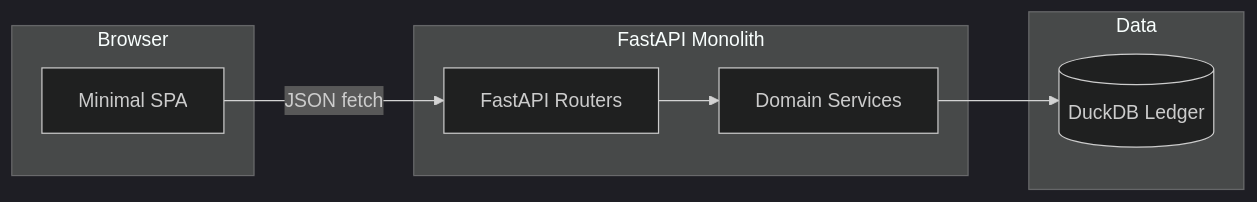
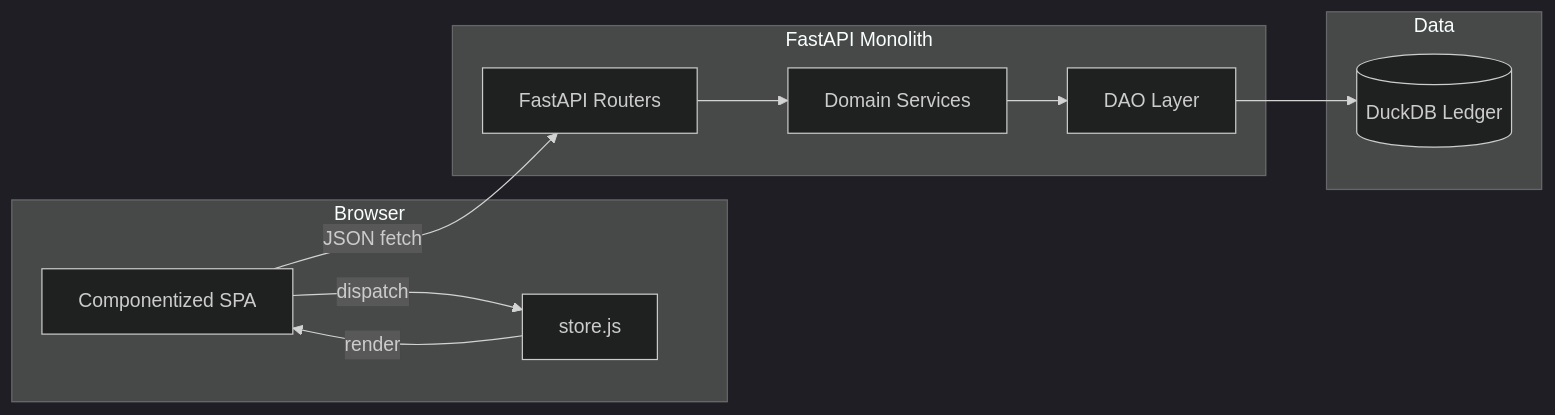
One commit to blogle/dojo changed the first of 3 diagrams in docs/architecture/overview.md. Above: the diagram before and after it, drawn with Mermaid (dark theme). The commit also changed other lines of this file and 14 other files, not shown here.

````diff
--- a/docs/architecture/overview.md
+++ b/docs/architecture/overview.md
@@ -70,17 +78,22 @@
 ```mermaid
 graph LR
     subgraph Browser
-        SPA[Minimal SPA]
+        SPA[Componentized SPA]
+        Store[store.js]
     end
     subgraph FastAPI Monolith
         API[FastAPI Routers]
         Services[Domain Services]
+        DAO[DAO Layer]
     end
     subgraph Data
         DuckDB[(DuckDB Ledger)]
     end
 
+    SPA -->|dispatch| Store
+    Store -->|render| SPA
     SPA -->|JSON fetch| API
     API --> Services
-    Services --> DuckDB
+    Services --> DAO
+    DAO --> DuckDB
 ```
````
